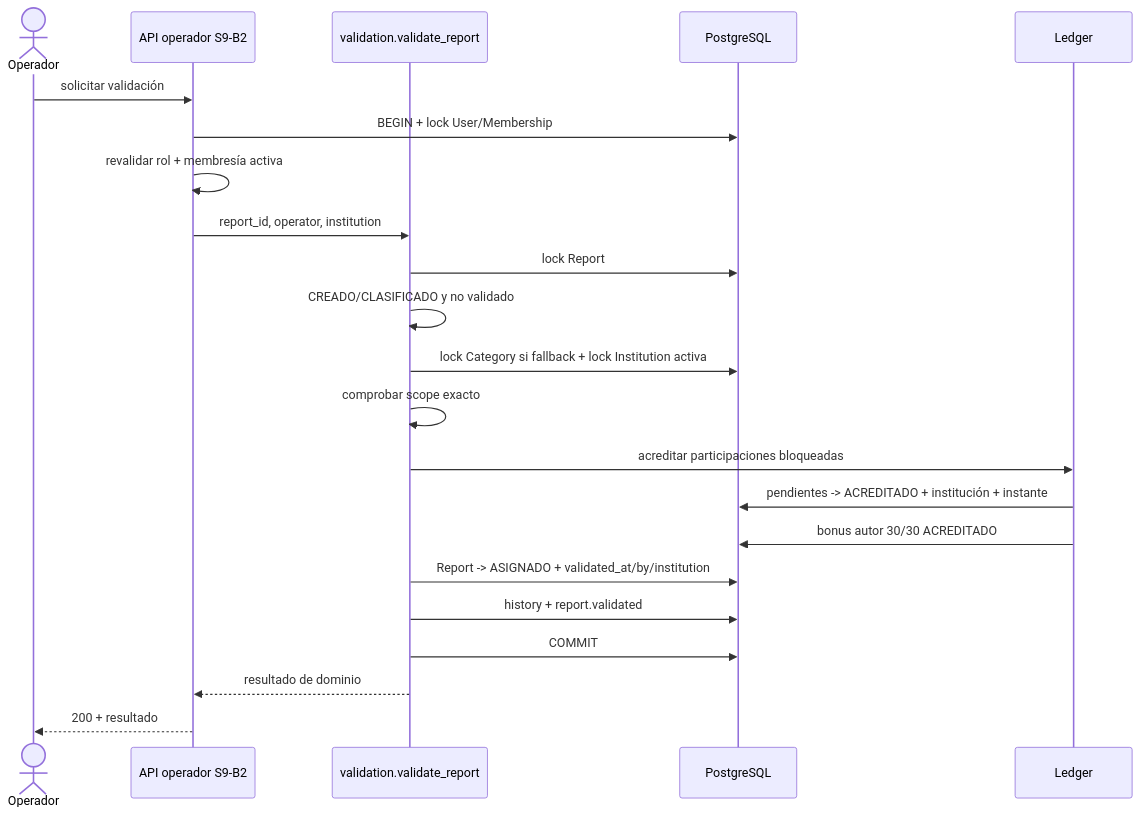
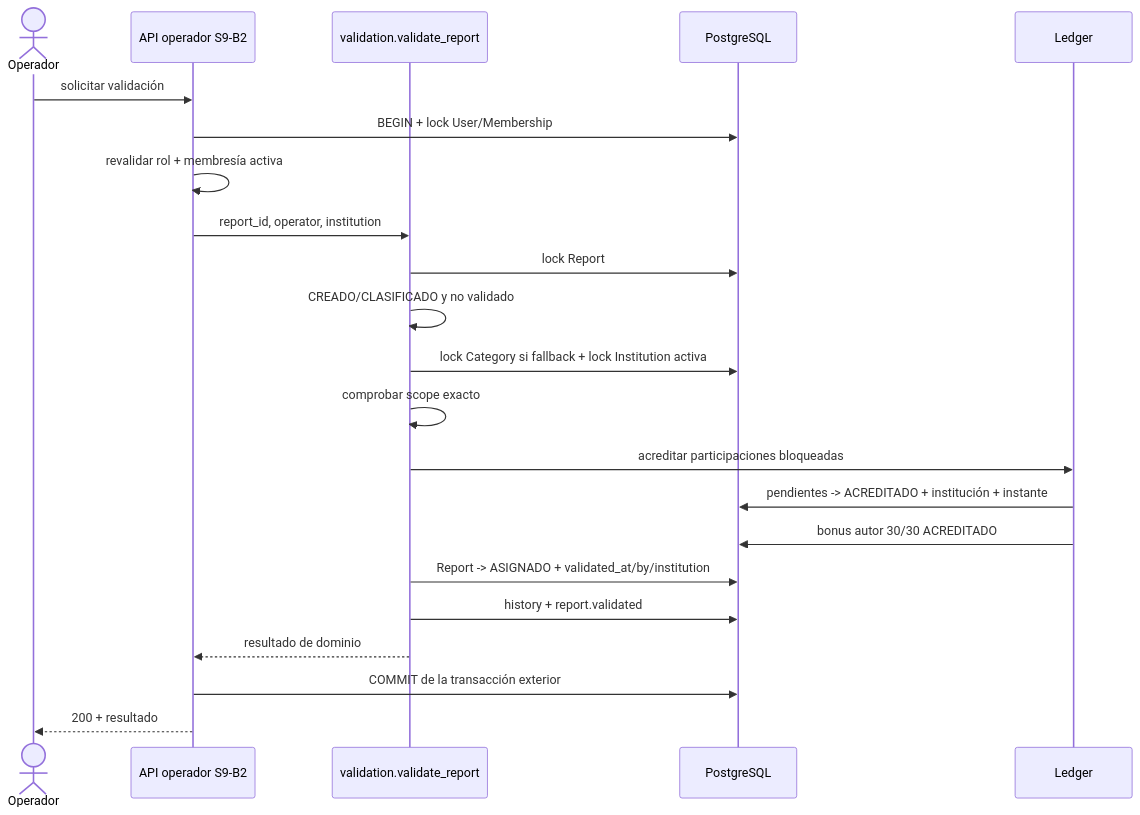
One commit to MontyPohl/ciudadania-activa changed diagram 11 of 16 in docs/tesis/ACTUALIZACION_DOCUMENTO_TESIS.md. Above: the diagram before and after it, drawn with Mermaid. The commit also changed other lines of this file and 1 other file, not shown here.

````diff
--- a/docs/tesis/ACTUALIZACION_DOCUMENTO_TESIS.md
+++ b/docs/tesis/ACTUALIZACION_DOCUMENTO_TESIS.md
@@ -1518,25 +1521,25 @@
 ```mermaid
 sequenceDiagram
     actor O as Operador
     participant A as API operador S9-B2
     participant V as validation.validate_report
     participant D as PostgreSQL
     participant L as Ledger
 
     O->>A: solicitar validación
     A->>D: BEGIN + lock User/Membership
     A->>A: revalidar rol + membresía activa
     A->>V: report_id, operator, institution
     V->>D: lock Report
     V->>V: CREADO/CLASIFICADO y no validado
     V->>D: lock Category si fallback + lock Institution activa
     V->>V: comprobar scope exacto
     V->>L: acreditar participaciones bloqueadas
     L->>D: pendientes -> ACREDITADO + institución + instante
     L->>D: bonus autor 30/30 ACREDITADO
     V->>D: Report -> ASIGNADO + validated_at/by/institution
     V->>D: history + report.validated
-    V->>D: COMMIT
     V-->>A: resultado de dominio
+    A->>D: COMMIT de la transacción exterior
     A-->>O: 200 + resultado
 ```
````
